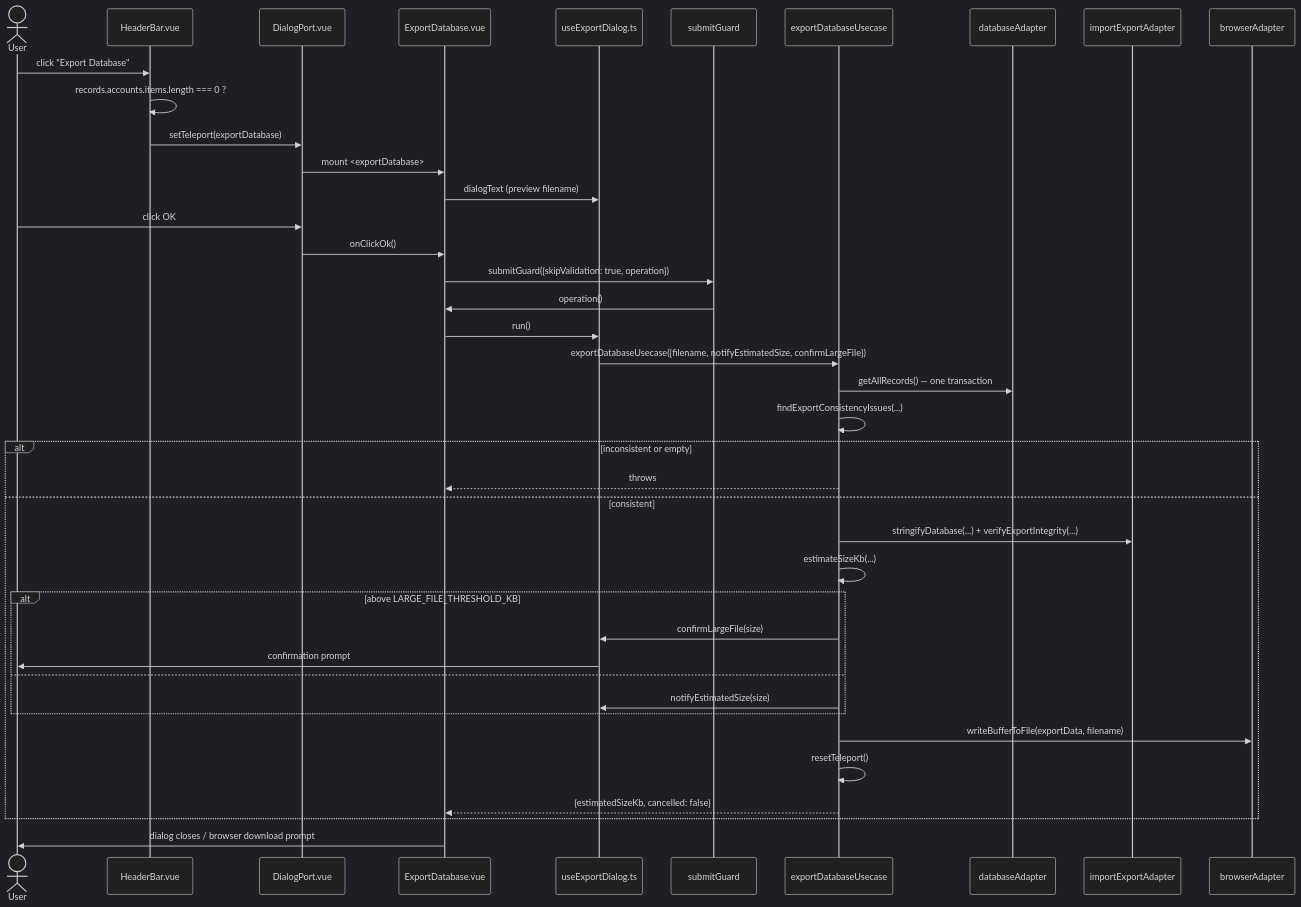
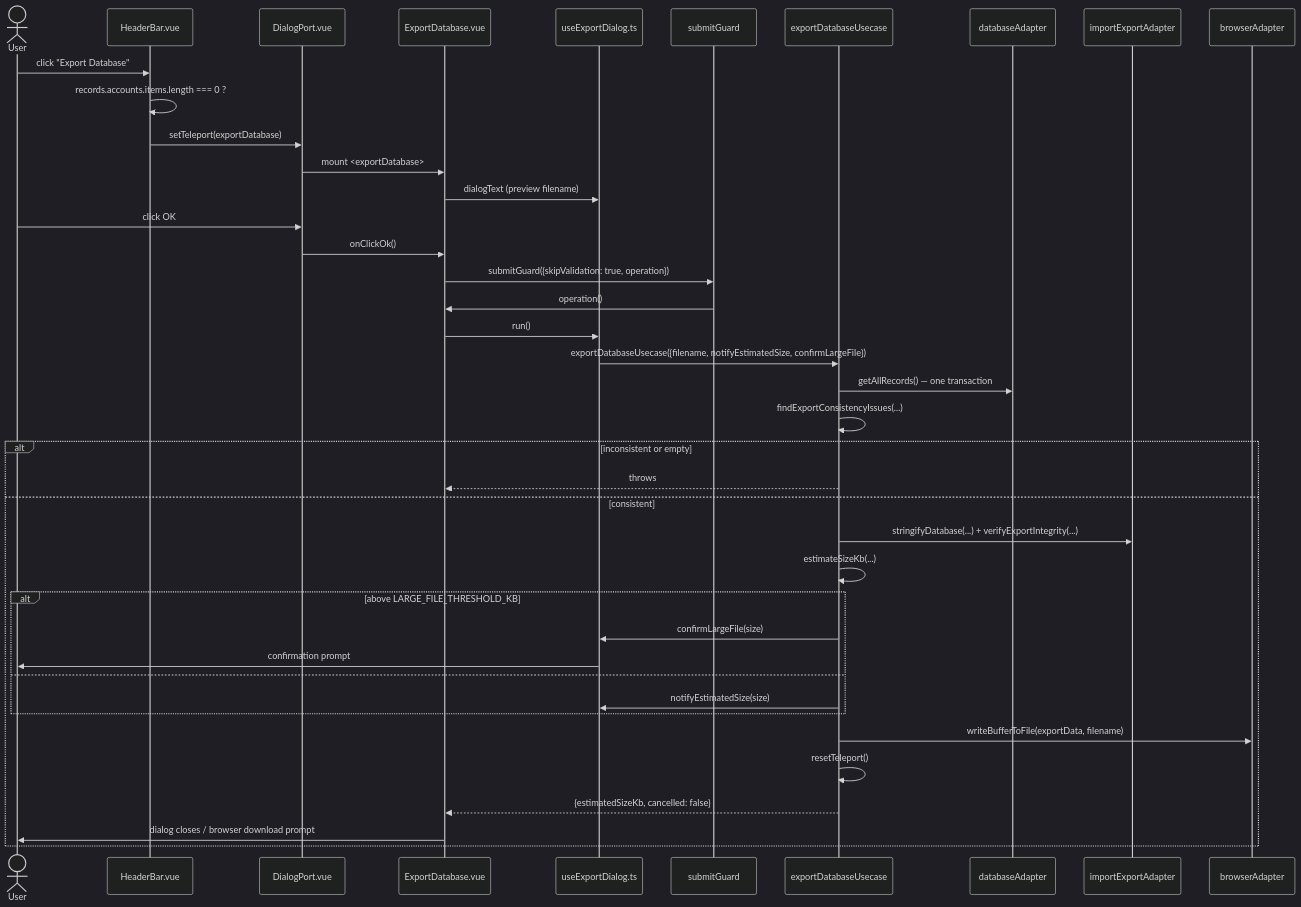
One commit to m-berner/kontenmanager changed the diagram in src/app/usecases/docs/export-database.md. Above: the diagram before and after it, drawn with Mermaid (dark theme). The commit also changed 4 other files, not shown here.

First line of the commit message:
docs: add fix-sequence-diagrams skill, fix drifted/broken usecase diagrams

````diff
--- a/src/app/usecases/docs/export-database.md
+++ b/src/app/usecases/docs/export-database.md
@@ -129,43 +129,43 @@
 ```mermaid
 sequenceDiagram
     actor U as User
     participant HB as HeaderBar.vue
     participant DP as DialogPort.vue
     participant ED as ExportDatabase.vue
     participant EC as useExportDialog.ts
     participant DG as submitGuard
     participant UC as exportDatabaseUsecase
     participant DB as databaseAdapter
     participant IE as importExportAdapter
     participant FS as browserAdapter
 
     U->>HB: click "Export Database"
     HB->>HB: records.accounts.items.length === 0 ?
     HB->>DP: setTeleport(exportDatabase)
     DP->>ED: mount <exportDatabase>
     ED->>EC: dialogText (preview filename)
     U->>DP: click OK
     DP->>ED: onClickOk()
     ED->>DG: submitGuard({skipValidation: true, operation})
     DG->>ED: operation()
     ED->>EC: run()
     EC->>UC: exportDatabaseUsecase({filename, notifyEstimatedSize, confirmLargeFile})
     UC->>DB: getAllRecords() — one transaction
     UC->>UC: findExportConsistencyIssues(...)
     alt inconsistent or empty
         UC-->>ED: throws
     else consistent
         UC->>IE: stringifyDatabase(...) + verifyExportIntegrity(...)
         UC->>UC: estimateSizeKb(...)
         alt above LARGE_FILE_THRESHOLD_KB
             UC->>EC: confirmLargeFile(size)
             EC->>U: confirmation prompt
         else
             UC->>EC: notifyEstimatedSize(size)
         end
         UC->>FS: writeBufferToFile(exportData, filename)
         UC->>UC: resetTeleport()
         UC-->>ED: {estimatedSizeKb, cancelled: false}
+        ED->>U: dialog closes / browser download prompt
     end
-    ED->>U: dialog closes / browser download prompt
 ```
````
